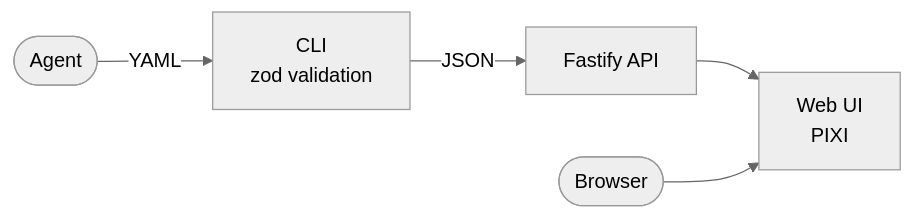
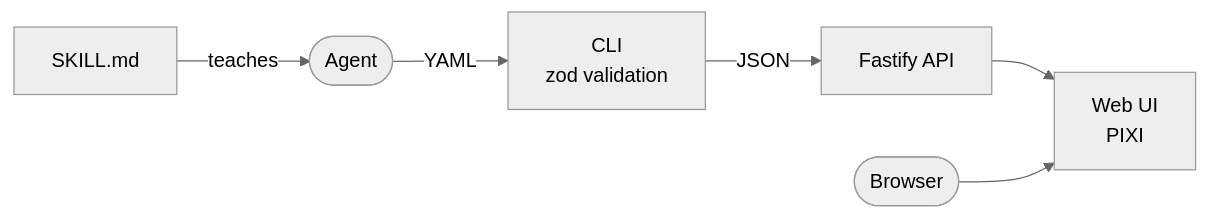
Before and after one commit to naorsabag/openhop: the diagram in README.md, drawn with Mermaid (neutral theme).

Commit message:
docs(readme): add SKILL.md to flow diagram
Shows the skill as the entry point — it teaches the agent how to
emit OpenHop YAML, which is the differentiator over generic
'agent writes a diagram' framings.

````diff
--- a/README.md
+++ b/README.md
@@ -104,13 +104,15 @@
 ```mermaid
 flowchart LR
+    skill[SKILL.md]
     agent([Agent])
     cli[CLI<br/>zod validation]
     api[Fastify API]
     web[Web UI<br/>PIXI]
     browser([Browser])
 
+    skill -- teaches --> agent
     agent -- YAML --> cli
     cli -- JSON --> api
     api --> web
     browser --> web
 ```
````
